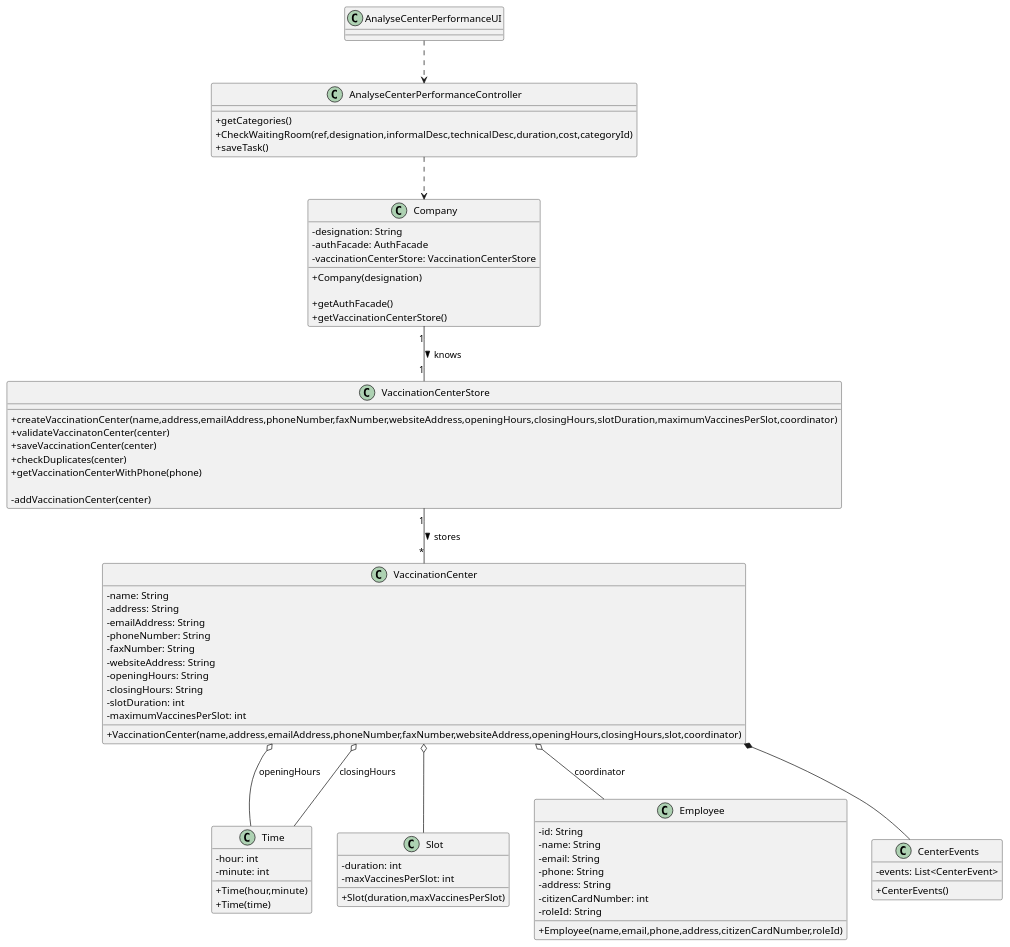
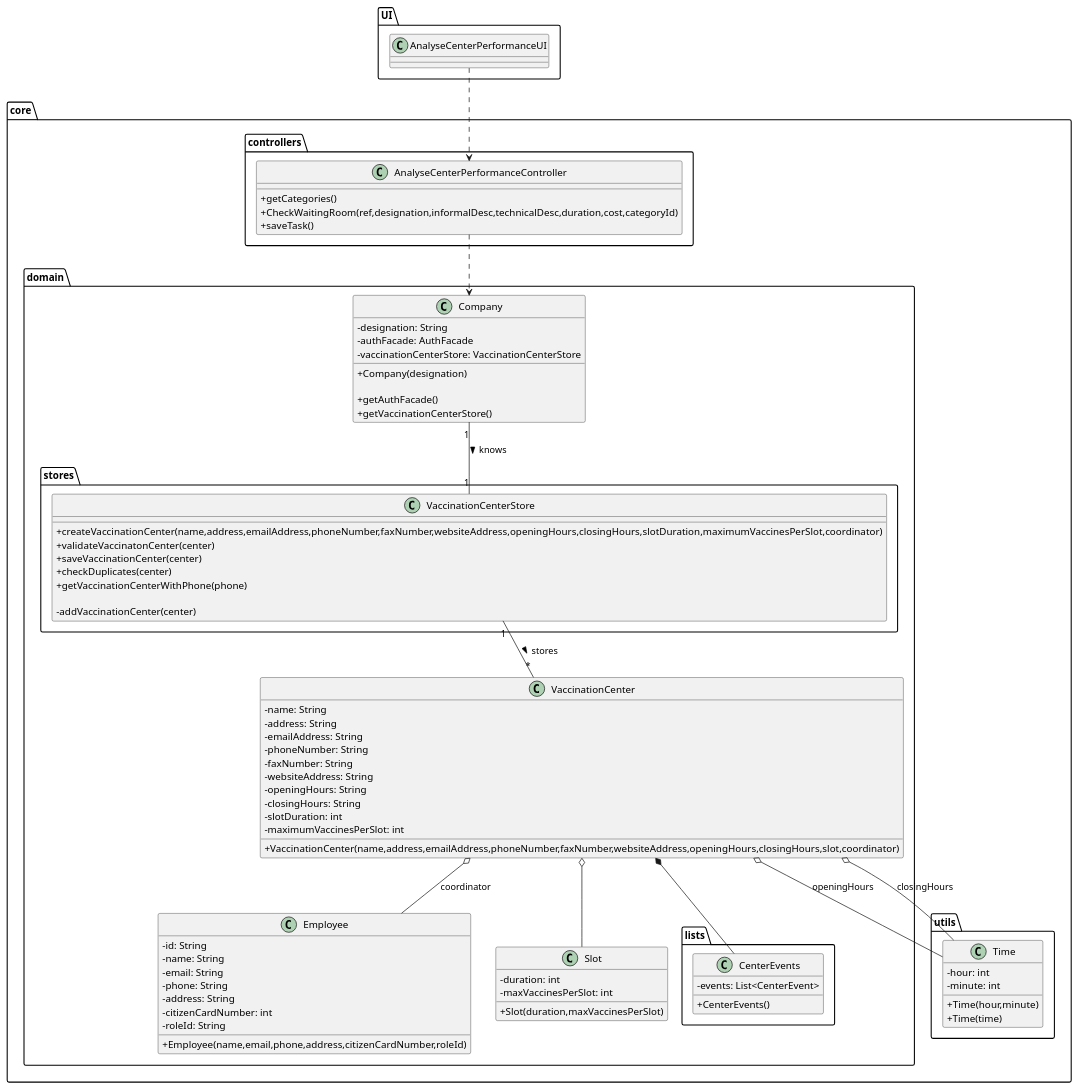
One commit to miseEnPlace-i/lapr2 changed the diagram in docs/SprintD/US16/CD/US16_CD.puml. Above: the diagram before and after it, drawn with PlantUML. The commit also changed 1 other file, not shown here.

```diff
--- a/docs/SprintD/US16/CD/US16_CD.puml
+++ b/docs/SprintD/US16/CD/US16_CD.puml
@@ -1,93 +1,107 @@
 @startuml
 skinparam classAttributeIconSize 0
 
-class Company {
-  -designation: String
-  -authFacade: AuthFacade
-  -vaccinationCenterStore: VaccinationCenterStore
-  
-  +Company(designation)
-
-  +getAuthFacade()
-  +getVaccinationCenterStore()
+package UI {
+  class AnalyseCenterPerformanceUI {}
 }
 
-class AnalyseCenterPerformanceController {
-  +getCategories()
-  +CheckWaitingRoom(ref,designation,informalDesc,technicalDesc,duration,cost,categoryId)
-  +saveTask()
-}
+package core {
+  package domain {
+    package stores {
+      class VaccinationCenterStore {
+        +createVaccinationCenter(name,address,emailAddress,phoneNumber,faxNumber,websiteAddress,openingHours,closingHours,slotDuration,maximumVaccinesPerSlot,coordinator)
+        +validateVaccinatonCenter(center)
+        +saveVaccinationCenter(center)
+        +checkDuplicates(center)
+        +getVaccinationCenterWithPhone(phone)
 
-class AnalyseCenterPerformanceUI {}
+        -addVaccinationCenter(center)
+      }
+    }
 
-class VaccinationCenter {
-  - name: String
-  - address: String
-  - emailAddress: String
-  - phoneNumber: String
-  - faxNumber: String
-  - websiteAddress: String
-  - openingHours: String
-  - closingHours: String
-  - slotDuration: int
-  - maximumVaccinesPerSlot: int
-  
-  +VaccinationCenter(name,address,emailAddress,phoneNumber,faxNumber,websiteAddress,openingHours,closingHours,slot,coordinator)
-}
+    package lists {
+      class CenterEvents {
+        - events: List<CenterEvent>
 
-class Time {
-  - hour: int
-  - minute: int
-  
-  +Time(hour,minute)
-  +Time(time)
-}
+        +CenterEvents()
+      }
+    }
 
-class Slot {
-  -duration: int
-  -maxVaccinesPerSlot: int
+    class Company {
+      -designation: String
+      -authFacade: AuthFacade
+      -vaccinationCenterStore: VaccinationCenterStore
+      
+      +Company(designation)
 
-  +Slot(duration,maxVaccinesPerSlot)
-}
+      +getAuthFacade()
+      +getVaccinationCenterStore()
+    }
 
-class VaccinationCenterStore {
-  +createVaccinationCenter(name,address,emailAddress,phoneNumber,faxNumber,websiteAddress,openingHours,closingHours,slotDuration,maximumVaccinesPerSlot,coordinator)
-  +validateVaccinatonCenter(center)
-  +saveVaccinationCenter(center)
-  +checkDuplicates(center)
-  +getVaccinationCenterWithPhone(phone)
+    class VaccinationCenter {
+      - name: String
+      - address: String
+      - emailAddress: String
+      - phoneNumber: String
+      - faxNumber: String
+      - websiteAddress: String
+      - openingHours: String
+      - closingHours: String
+      - slotDuration: int
+      - maximumVaccinesPerSlot: int
+      
+      +VaccinationCenter(name,address,emailAddress,phoneNumber,faxNumber,websiteAddress,openingHours,closingHours,slot,coordinator)
+    }
 
-  -addVaccinationCenter(center)
-}
+    class Employee {
+      -id: String 
+      -name: String 
+      -email: String 
+      -phone: String 
+      -address: String 
+      -citizenCardNumber: int 
+      -roleId: String 
 
-class Employee {
-  -id: String 
-  -name: String 
-  -email: String 
-  -phone: String 
-  -address: String 
-  -citizenCardNumber: int 
-  -roleId: String 
+      +Employee(name,email,phone,address,citizenCardNumber,roleId)
+    }
 
-  +Employee(name,email,phone,address,citizenCardNumber,roleId)
-}
+    class Slot {
+      -duration: int
+      -maxVaccinesPerSlot: int
 
-class CenterEvents {
-  - events: List<CenterEvent>
+      +Slot(duration,maxVaccinesPerSlot)
+    }
+  }
 
-  +CenterEvents()
+  package controllers {
+    class AnalyseCenterPerformanceController {
+      +getCategories()
+      +CheckWaitingRoom(ref,designation,informalDesc,technicalDesc,duration,cost,categoryId)
+      +saveTask()
+    }
+  }
+
+  package utils {
+    class Time {
+      - hour: int
+      - minute: int
+      
+      +Time(hour,minute)
+      +Time(time)
+    }
+  }
 }
 
 AnalyseCenterPerformanceUI ..> AnalyseCenterPerformanceController
 AnalyseCenterPerformanceController ..> Company
 
 VaccinationCenter o-- Employee : coordinator
 VaccinationCenter o-- Time : openingHours
 VaccinationCenter o-- Time : closingHours
 VaccinationCenter o-- Slot
 VaccinationCenter *-- CenterEvents
 
 VaccinationCenterStore "1" -- "*" VaccinationCenter : stores >
 
 Company "1" -- "1" VaccinationCenterStore : knows >
 @enduml
```
